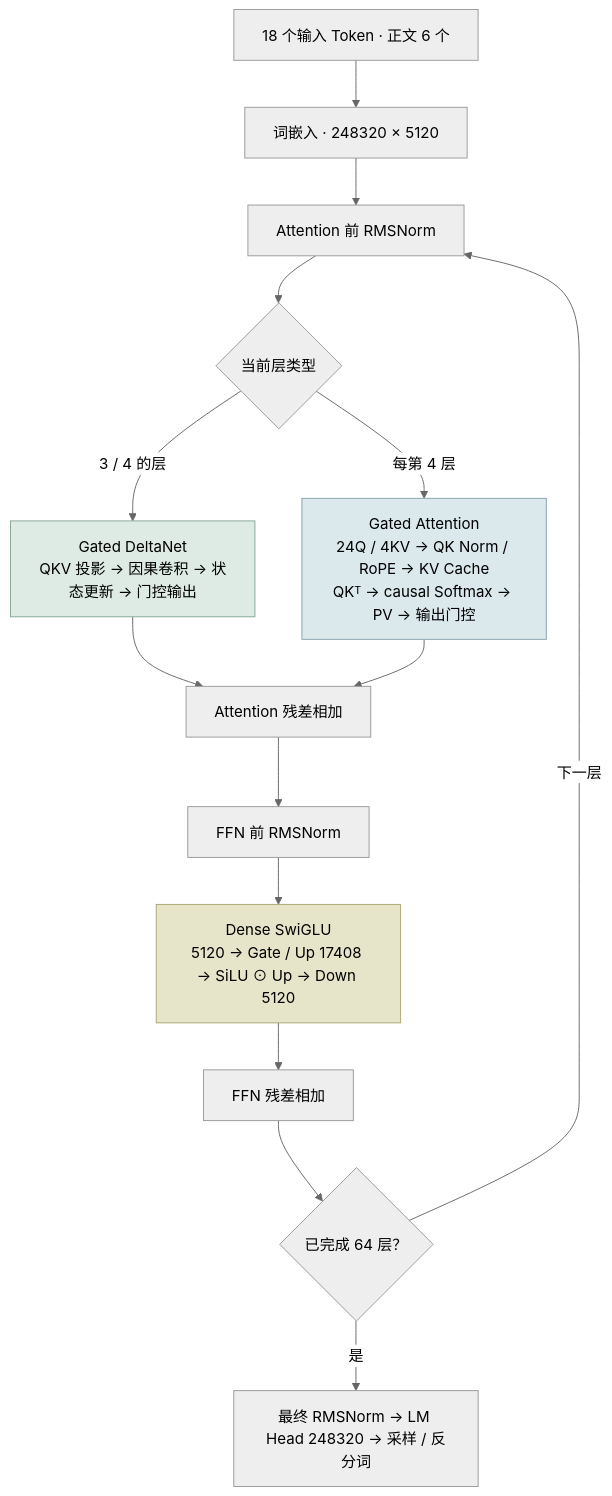
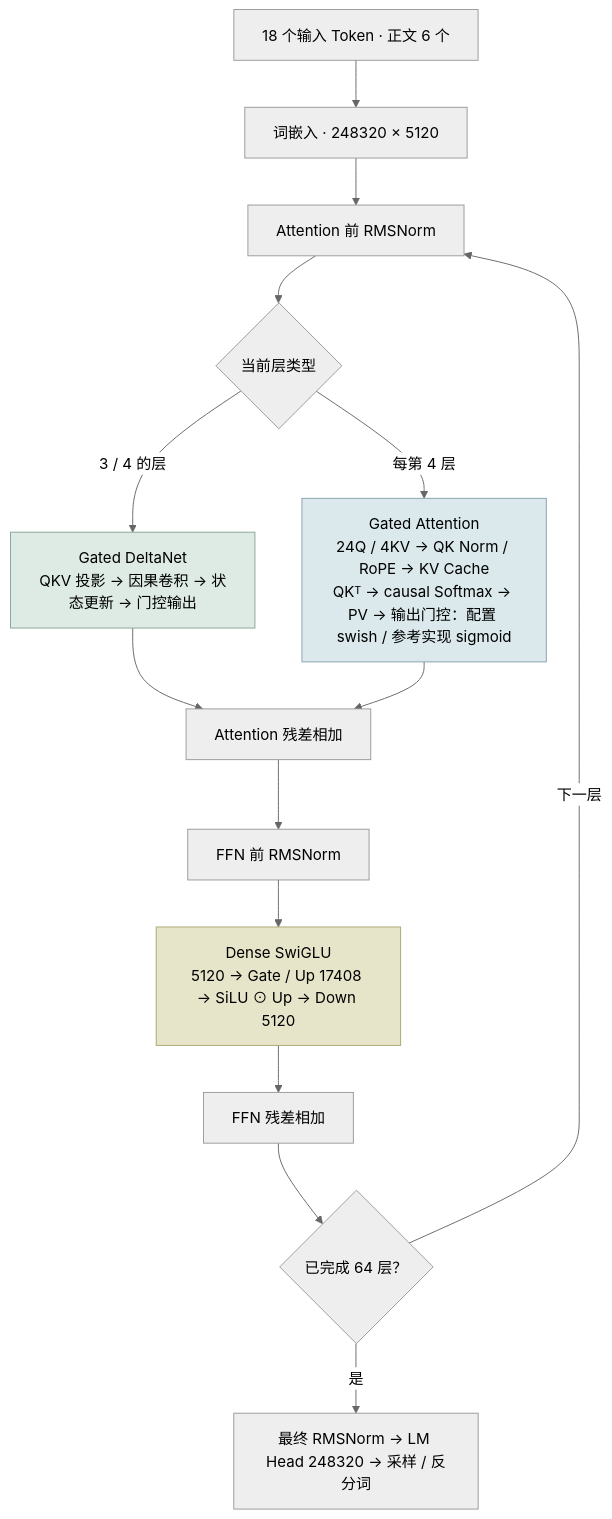
The diagram in hardware/network27.mmd (kevin249/groq_tsp), drawn with Mermaid (neutral theme) before and after one commit. The commit also changed 41 other files, not shown here.

```diff
--- a/hardware/network27.mmd
+++ b/hardware/network27.mmd
@@ -1,17 +1,17 @@
 flowchart TB
   INPUT["18 个输入 Token · 正文 6 个"] --> EMBED["词嵌入 · 248320 × 5120"]
   EMBED --> N1["Attention 前 RMSNorm"]
   N1 --> TYPE{"当前层类型"}
   TYPE -->|"3 / 4 的层"| DELTA["Gated DeltaNet<br/>QKV 投影 → 因果卷积 → 状态更新 → 门控输出"]
-  TYPE -->|"每第 4 层"| ATTN["Gated Attention<br/>24Q / 4KV → QK Norm / RoPE → KV Cache<br/>QKᵀ → causal Softmax → PV → 输出门控"]
+  TYPE -->|"每第 4 层"| ATTN["Gated Attention<br/>24Q / 4KV → QK Norm / RoPE → KV Cache<br/>QKᵀ → causal Softmax → PV → 输出门控：配置 swish / 参考实现 sigmoid"]
   DELTA --> R1["Attention 残差相加"]
   ATTN --> R1
   R1 --> N2["FFN 前 RMSNorm"]
   N2 --> FFN["Dense SwiGLU<br/>5120 → Gate / Up 17408 → SiLU ⊙ Up → Down 5120"]
   FFN --> R2["FFN 残差相加"]
   R2 --> LOOP{"已完成 64 层？"}
   LOOP -->|"下一层"| N1
   LOOP -->|"是"| FINAL["最终 RMSNorm → LM Head 248320 → 采样 / 反分词"]
   style FFN fill:#e6e5ca,stroke:#a9a672
   style DELTA fill:#ddebe4,stroke:#87a596
   style ATTN fill:#dbe9ec,stroke:#87a1ac
```
